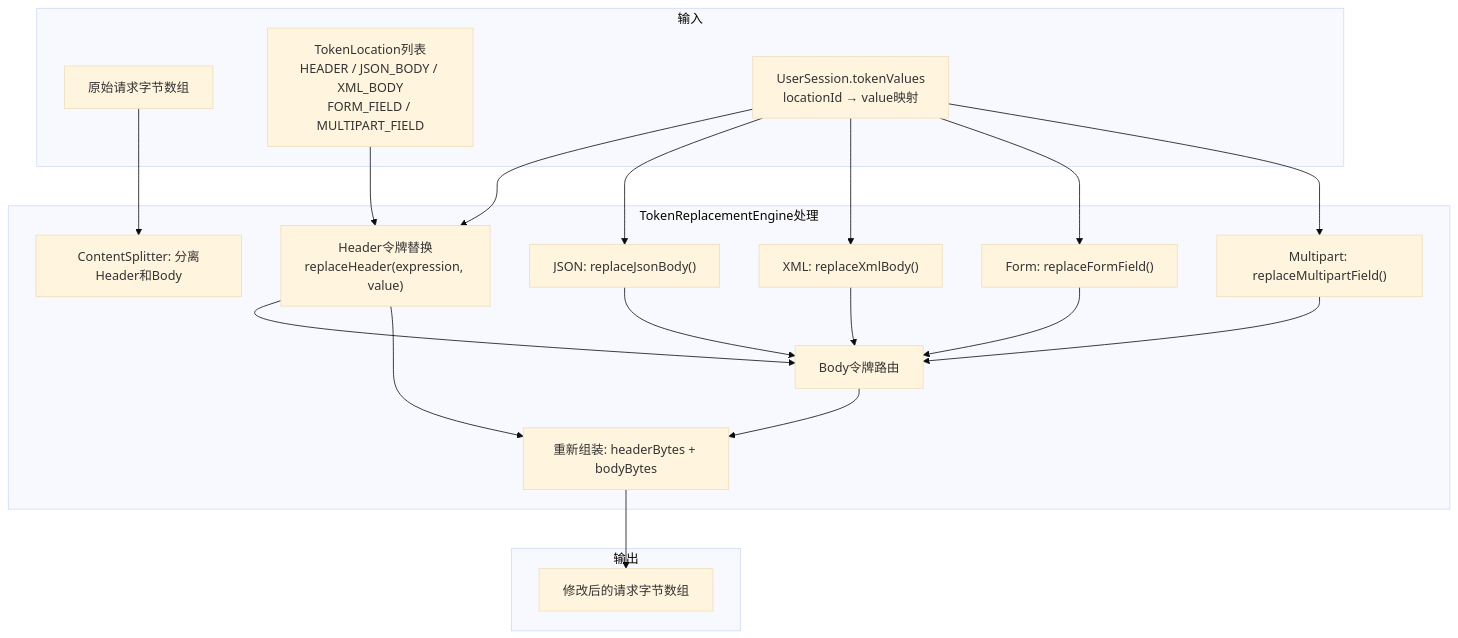
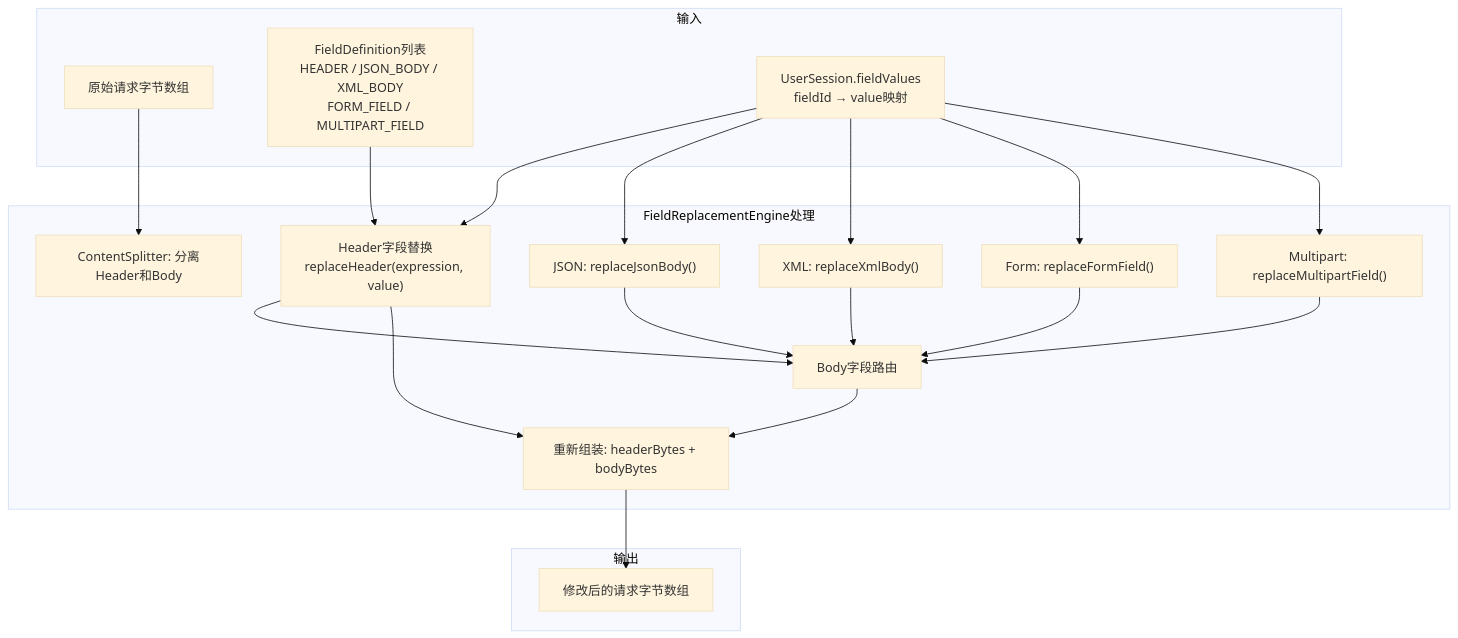
One commit to GitHubNull/repeaterManger changed diagram 11 of 28 in doc/data_flow_analysis.md. Above: the diagram before and after it, drawn with Mermaid (base theme). The commit also changed other lines of this file and 72 other files, not shown here.

First line of the commit message:
feat(privilege): TokenScheme/TokenLocation 重构为 Scheme/FieldDefinition 体系

````diff
--- a/doc/data_flow_analysis.md
+++ b/doc/data_flow_analysis.md
@@ -496,33 +496,33 @@
 ```mermaid
 graph TB
     subgraph Input["输入"]
         A1["原始请求字节数组"]
-        A2["TokenLocation列表<br/>HEADER / JSON_BODY / XML_BODY<br/>FORM_FIELD / MULTIPART_FIELD"]
-        A3["UserSession.tokenValues<br/>locationId → value映射"]
+        A2["FieldDefinition列表<br/>HEADER / JSON_BODY / XML_BODY<br/>FORM_FIELD / MULTIPART_FIELD"]
+        A3["UserSession.fieldValues<br/>fieldId → value映射"]
     end
 
-    subgraph Process["TokenReplacementEngine处理"]
+    subgraph Process["FieldReplacementEngine处理"]
         B1["ContentSplitter: 分离Header和Body"]
-        B2["Header令牌替换<br/>replaceHeader(expression, value)"]
-        B3["Body令牌路由"]
+        B2["Header字段替换<br/>replaceHeader(expression, value)"]
+        B3["Body字段路由"]
         B4["JSON: replaceJsonBody()"]
         B5["XML: replaceXmlBody()"]
         B6["Form: replaceFormField()"]
         B7["Multipart: replaceMultipartField()"]
         B8["重新组装: headerBytes + bodyBytes"]
     end
 
     subgraph Output["输出"]
         C1["修改后的请求字节数组"]
     end
 
     A1 --> B1
     A2 --> B2 --> B3
     A3 --> B2
     A3 --> B4 --> B3
     A3 --> B5 --> B3
     A3 --> B6 --> B3
     A3 --> B7 --> B3
     B3 --> B8 --> C1
     B2 --> B8
 ```
````
